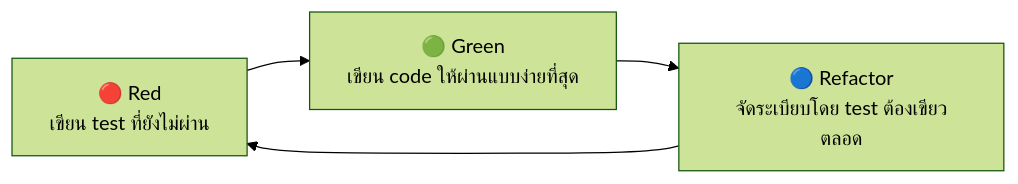
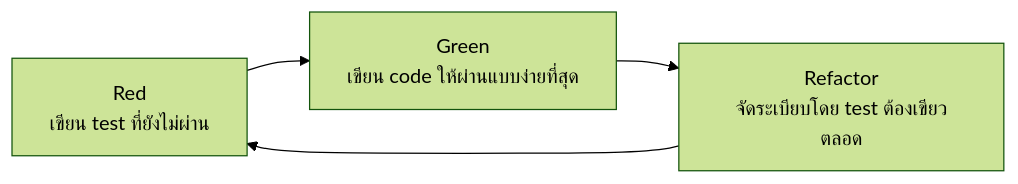
Before and after one commit to CE-SDPX/SDPX-AI: the tenth of 19 diagrams in readings/03-software-testing.md, drawn with Mermaid (forest theme). The commit also changed other lines of this file and 6 other files, not shown here.

````diff
--- a/readings/03-software-testing.md
+++ b/readings/03-software-testing.md
@@ -370,4 +367,4 @@
 ```mermaid
 flowchart LR
-    R["🔴 Red<br/>เขียน test ที่ยังไม่ผ่าน"] --> G["🟢 Green<br/>เขียน code ให้ผ่านแบบง่ายที่สุด"] --> RF["🔵 Refactor<br/>จัดระเบียบโดย test ต้องเขียวตลอด"] --> R
+    R["Red<br/>เขียน test ที่ยังไม่ผ่าน"] --> G["Green<br/>เขียน code ให้ผ่านแบบง่ายที่สุด"] --> RF["Refactor<br/>จัดระเบียบโดย test ต้องเขียวตลอด"] --> R
 ```
````
